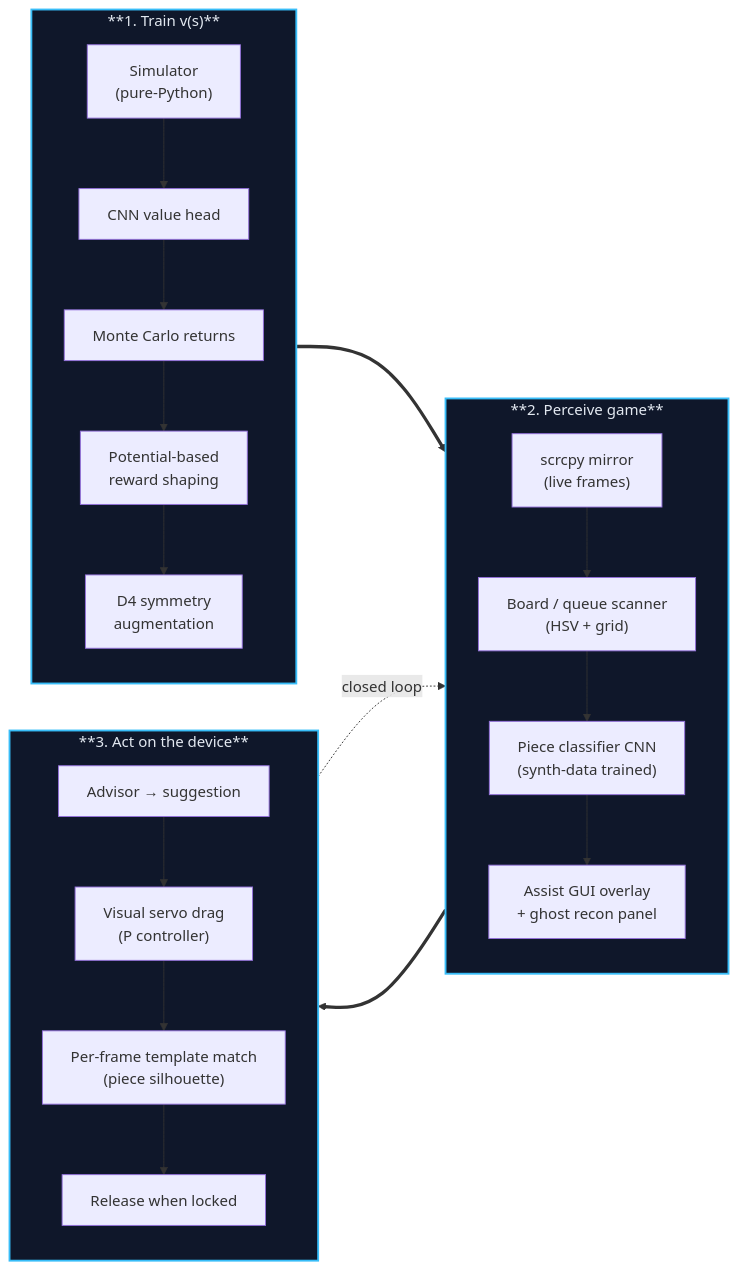
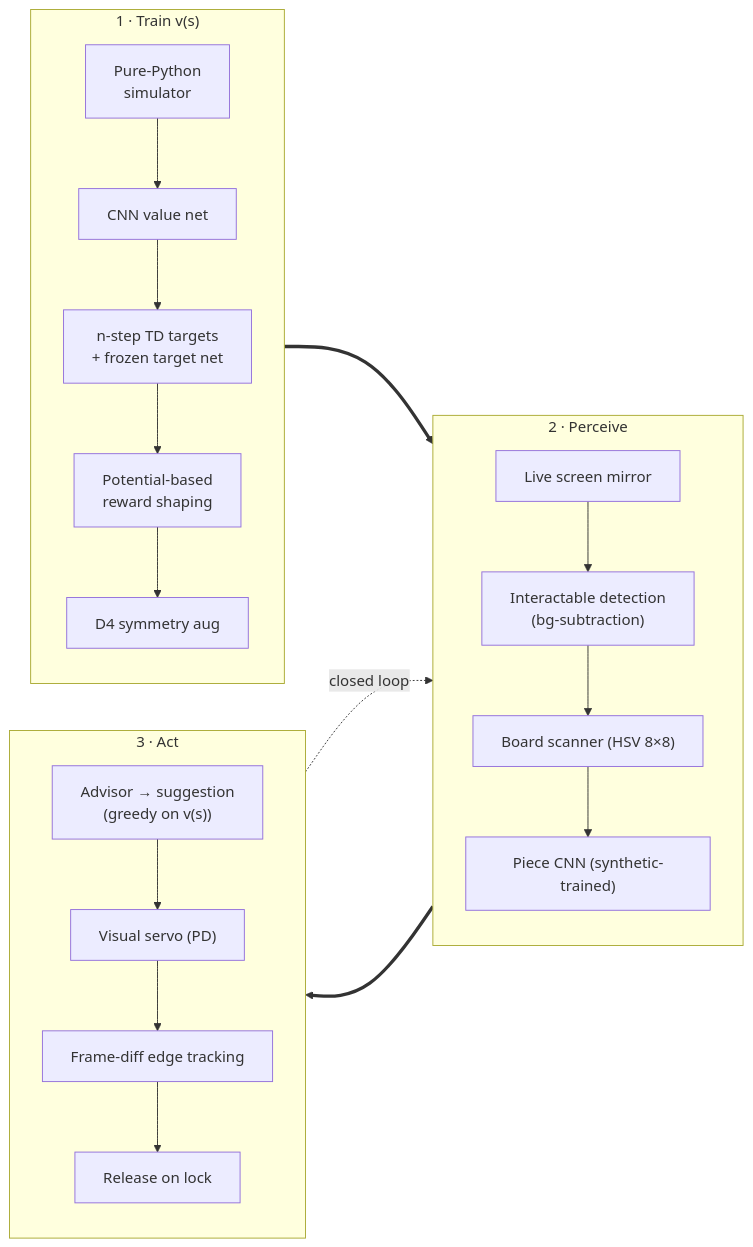
Before and after one commit to AntoDono/BlockBlaster: the diagram in README.md, drawn with Mermaid. The commit also changed other lines of this file and 20 other files, not shown here.

````diff
--- a/README.md
+++ b/README.md
@@ -29,36 +24,30 @@
 ```mermaid
 flowchart LR
-    subgraph TRAIN["**1. Train v(s)**"]
+    subgraph TRAIN["1 · Train v(s)"]
         direction TB
-        T1["Simulator<br/>(pure-Python)"]
-        T2["CNN value head"]
-        T3["Monte Carlo returns"]
+        T1["Pure-Python<br/>simulator"]
+        T2["CNN value net"]
+        T3["n-step TD targets<br/>+ frozen target net"]
         T4["Potential-based<br/>reward shaping"]
-        T5["D4 symmetry<br/>augmentation"]
+        T5["D4 symmetry aug"]
         T1 --> T2 --> T3 --> T4 --> T5
     end
-
-    subgraph PERCEIVE["**2. Perceive game**"]
+    subgraph PERCEIVE["2 · Perceive"]
         direction TB
-        P1["scrcpy mirror<br/>(live frames)"]
-        P2["Board / queue scanner<br/>(HSV + grid)"]
-        P3["Piece classifier CNN<br/>(synth-data trained)"]
-        P4["Assist GUI overlay<br/>+ ghost recon panel"]
+        P1["Live screen mirror"]
+        P2["Interactable detection<br/>(bg-subtraction)"]
+        P3["Board scanner (HSV 8×8)"]
+        P4["Piece CNN (synthetic-trained)"]
         P1 --> P2 --> P3 --> P4
     end
-
-    subgraph ACT["**3. Act on the device**"]
+    subgraph ACT["3 · Act"]
         direction TB
-        A1["Advisor → suggestion"]
-        A2["Visual servo drag<br/>(P controller)"]
-        A3["Per-frame template match<br/>(piece silhouette)"]
-        A4["Release when locked"]
+        A1["Advisor → suggestion<br/>(greedy on v(s))"]
+        A2["Visual servo (PD)"]
+        A3["Frame-diff edge tracking"]
+        A4["Release on lock"]
         A1 --> A2 --> A3 --> A4
     end
-
     TRAIN ==> PERCEIVE ==> ACT
     ACT -. closed loop .-> PERCEIVE
-
-    classDef stage fill:#0f172a,stroke:#38bdf8,stroke-width:2px,color:#e2e8f0
-    class TRAIN,PERCEIVE,ACT stage
 ```
````
